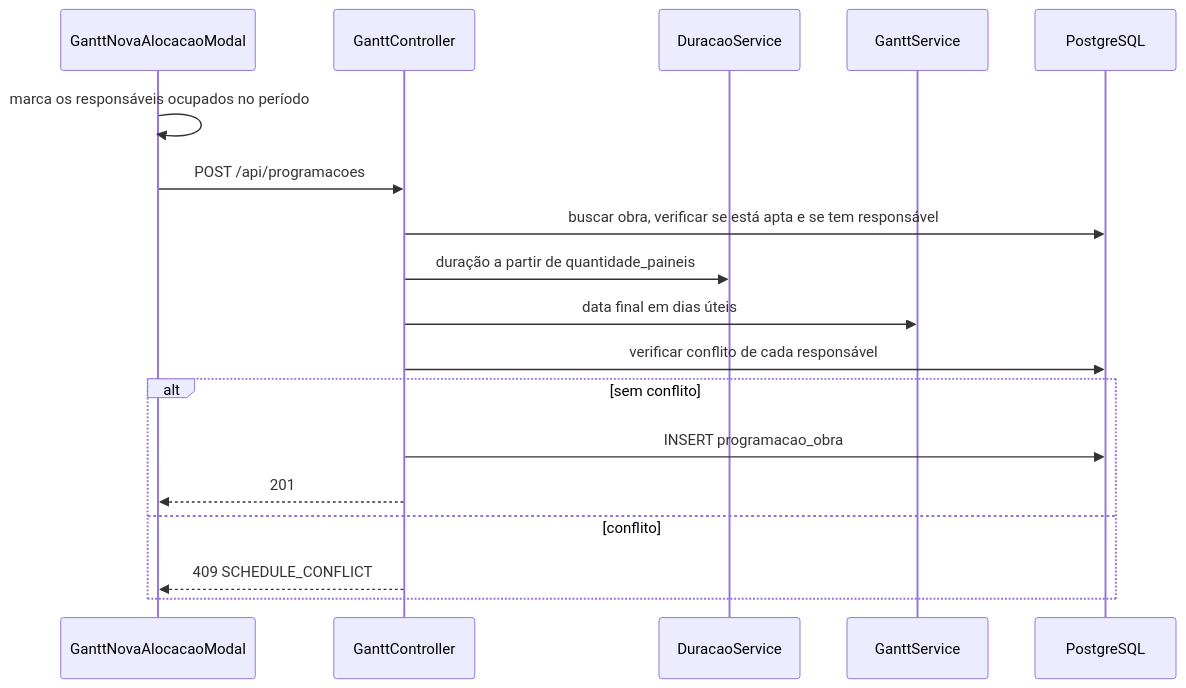
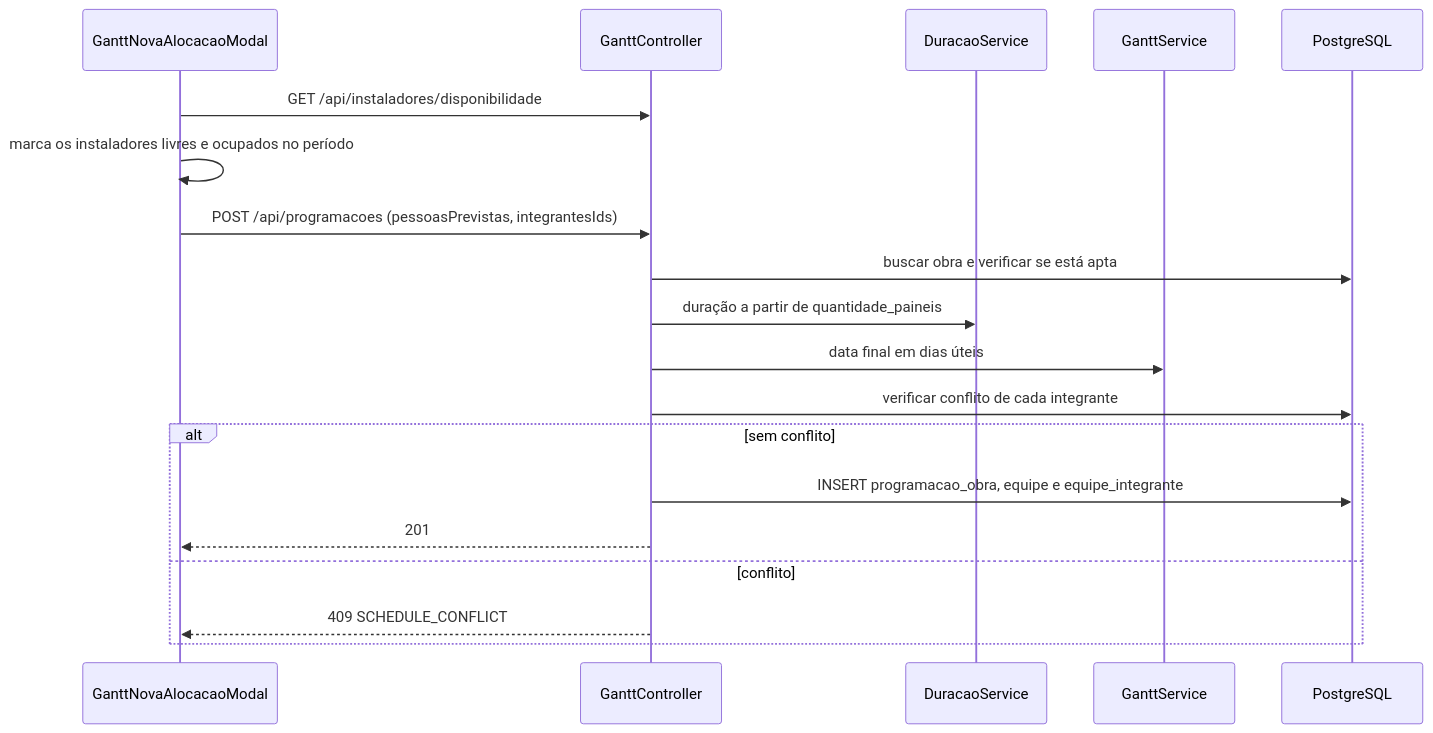
The third of 3 diagrams in docs/Requisitos/08-fluxos.md (r7melo/pi4-2026-2-equipe-5), drawn with Mermaid before and after one commit. The commit also changed other lines of this file and 14 other files, not shown here.

````diff
--- a/docs/Requisitos/08-fluxos.md
+++ b/docs/Requisitos/08-fluxos.md
@@ -65,21 +65,22 @@
 ```mermaid
 sequenceDiagram
   participant F as GanttNovaAlocacaoModal
   participant G as GanttController
   participant DS as DuracaoService
   participant GS as GanttService
   participant D as PostgreSQL
 
-  F->>F: marca os responsáveis ocupados no período
-  F->>G: POST /api/programacoes
-  G->>D: buscar obra, verificar se está apta e se tem responsável
+  F->>G: GET /api/instaladores/disponibilidade
+  F->>F: marca os instaladores livres e ocupados no período
+  F->>G: POST /api/programacoes (pessoasPrevistas, integrantesIds)
+  G->>D: buscar obra e verificar se está apta
   G->>DS: duração a partir de quantidade_paineis
   G->>GS: data final em dias úteis
-  G->>D: verificar conflito de cada responsável
+  G->>D: verificar conflito de cada integrante
   alt sem conflito
-    G->>D: INSERT programacao_obra
+    G->>D: INSERT programacao_obra, equipe e equipe_integrante
     G-->>F: 201
   else conflito
     G-->>F: 409 SCHEDULE_CONFLICT
   end
 ```
````
